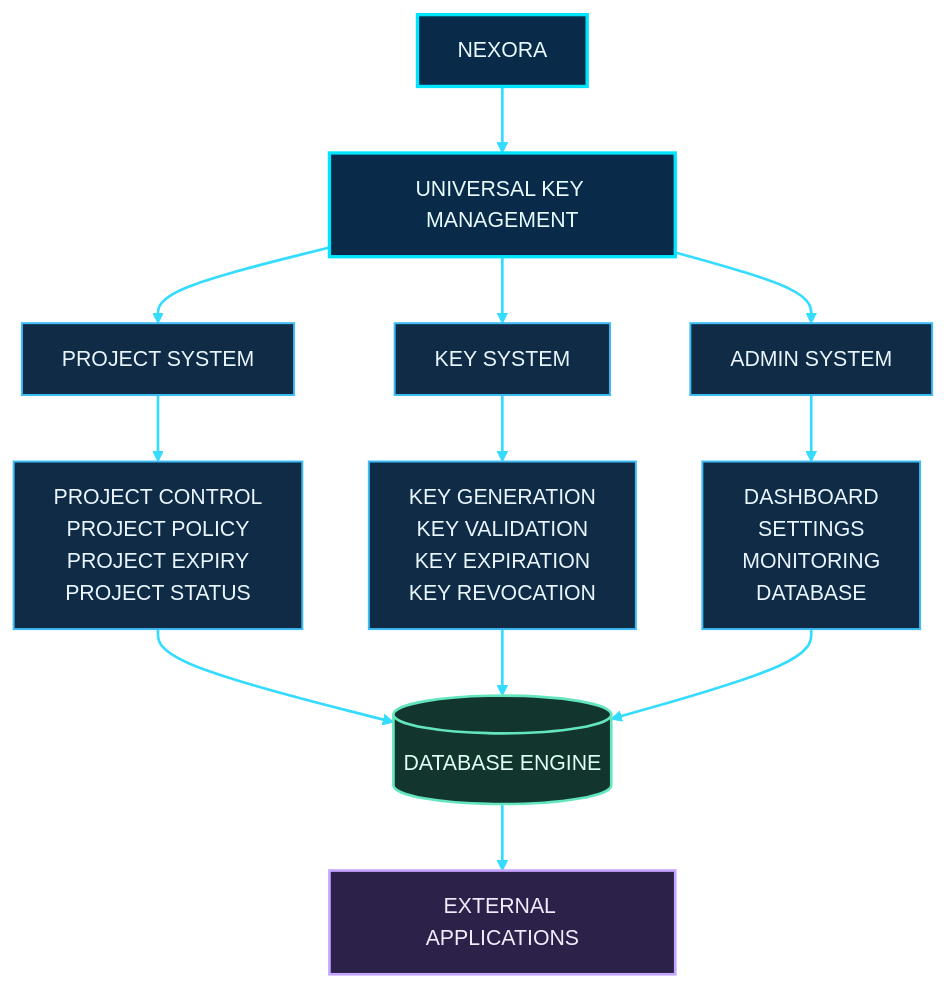
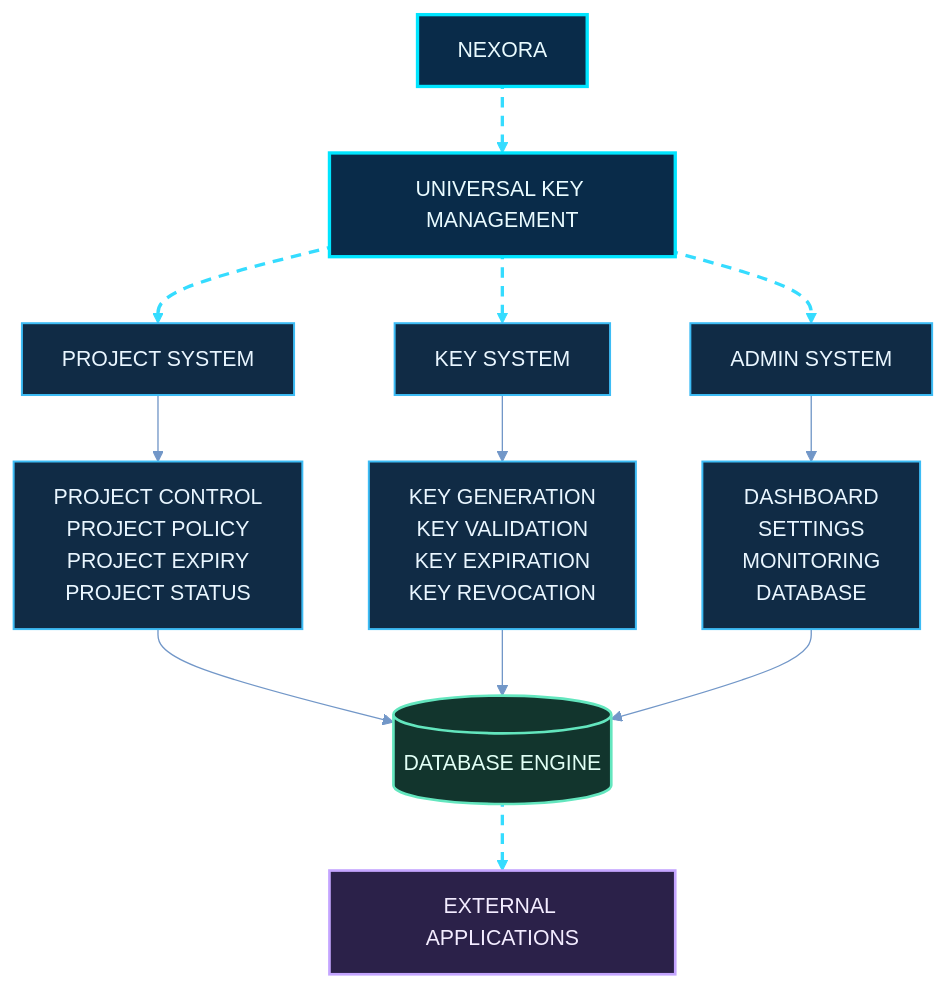
One commit to shajeduzzamanenan992008inc/NexOra-Database-key-Gen changed the first of 23 diagrams in README.md. Above: the diagram before and after it, drawn with Mermaid. The commit also changed other lines of this file, not shown here.

````diff
--- a/README.md
+++ b/README.md
@@ -154,31 +154,34 @@
 ```mermaid
+%%{init: {"theme":"base","themeVariables":{"darkMode":true,"background":"#07111f","primaryColor":"#102744","primaryTextColor":"#e8f7ff","primaryBorderColor":"#00d9ff","lineColor":"#7297c8","secondaryColor":"#261d45","secondaryTextColor":"#f3eaff","secondaryBorderColor":"#a78bfa","tertiaryColor":"#12332b","tertiaryTextColor":"#e0fff1","tertiaryBorderColor":"#41e6a2","fontFamily":"Inter, Segoe UI, sans-serif","edgeLabelBackground":"#101d34","mainBkg":"#102744","nodeBorder":"#00d9ff","clusterBkg":"#0b1930","clusterBorder":"#6f7dff","actorBkg":"#102744","actorBorder":"#00d9ff","actorTextColor":"#e8f7ff","signalColor":"#64d8ff","signalTextColor":"#e8f7ff","noteBkgColor":"#0e332b","noteBorderColor":"#41e6a2","noteTextColor":"#e0fff1"}}}%%
 flowchart TB
-    N["NEXORA"] --> U["UNIVERSAL KEY MANAGEMENT"]
-    U --> P["PROJECT SYSTEM"]
-    U --> K["KEY SYSTEM"]
-    U --> A["ADMIN SYSTEM"]
+    N["NEXORA"] nx01e01@--> U["UNIVERSAL KEY MANAGEMENT"]
+    U nx01e02@--> P["PROJECT SYSTEM"]
+    U nx01e03@--> K["KEY SYSTEM"]
+    U nx01e04@--> A["ADMIN SYSTEM"]
     P --> P1["PROJECT CONTROL<br/>PROJECT POLICY<br/>PROJECT EXPIRY<br/>PROJECT STATUS"]
     K --> K1["KEY GENERATION<br/>KEY VALIDATION<br/>KEY EXPIRATION<br/>KEY REVOCATION"]
     A --> A1["DASHBOARD<br/>SETTINGS<br/>MONITORING<br/>DATABASE"]
     P1 --> D[("DATABASE ENGINE")]
     K1 --> D
     A1 --> D
-    D --> E["EXTERNAL APPLICATIONS"]
+    D nx01e05@--> E["EXTERNAL APPLICATIONS"]
 
     %% OMEGA NEX-ORA visual classes
     %% OMEGA NEX-ORA / ULTRA NEON PALETTE
     classDef nxCore fill:#092b49,stroke:#00e5ff,stroke-width:2.5px,color:#e9fbff;
     classDef nxProcess fill:#102b45,stroke:#3dbcf5,stroke-width:1.5px,color:#e9f6ff;
     classDef nxDecision fill:#2b2050,stroke:#b38cff,stroke-width:2px,color:#f3edff;
     classDef nxSuccess fill:#0d3b2c,stroke:#3fffa0,stroke-width:2px,color:#e0fff0;
     classDef nxDanger fill:#451d30,stroke:#ff6688,stroke-width:2px,color:#fff0f3;
     classDef nxData fill:#12352d,stroke:#63e6be,stroke-width:2px,color:#e1fff5;
     classDef nxExternal fill:#2b2149,stroke:#c4a5ff,stroke-width:2px,color:#f3ecff;
     classDef nxInfo fill:#17253e,stroke:#91a7c9,stroke-width:1.5px,color:#e5efff;
     classDef nxWarning fill:#453116,stroke:#fbbf24,stroke-width:2px,color:#fff6d6;
+    %% Moving dashed route: Mermaid applies this class to explicitly identified edges.
+    classDef nxAnimated stroke:#35dcff,stroke-width:2.5px,stroke-dasharray:8\,6,stroke-dashoffset:1000,animation:dash 24s linear infinite;
     class N,U nxCore;
     class P,K,A,P1,K1,A1 nxProcess;
     class D nxData;
     class E nxExternal;
-    linkStyle default stroke:#35dcff,stroke-width:2px;
+    class nx01e01,nx01e02,nx01e03,nx01e04,nx01e05 nxAnimated;
 ```
````
